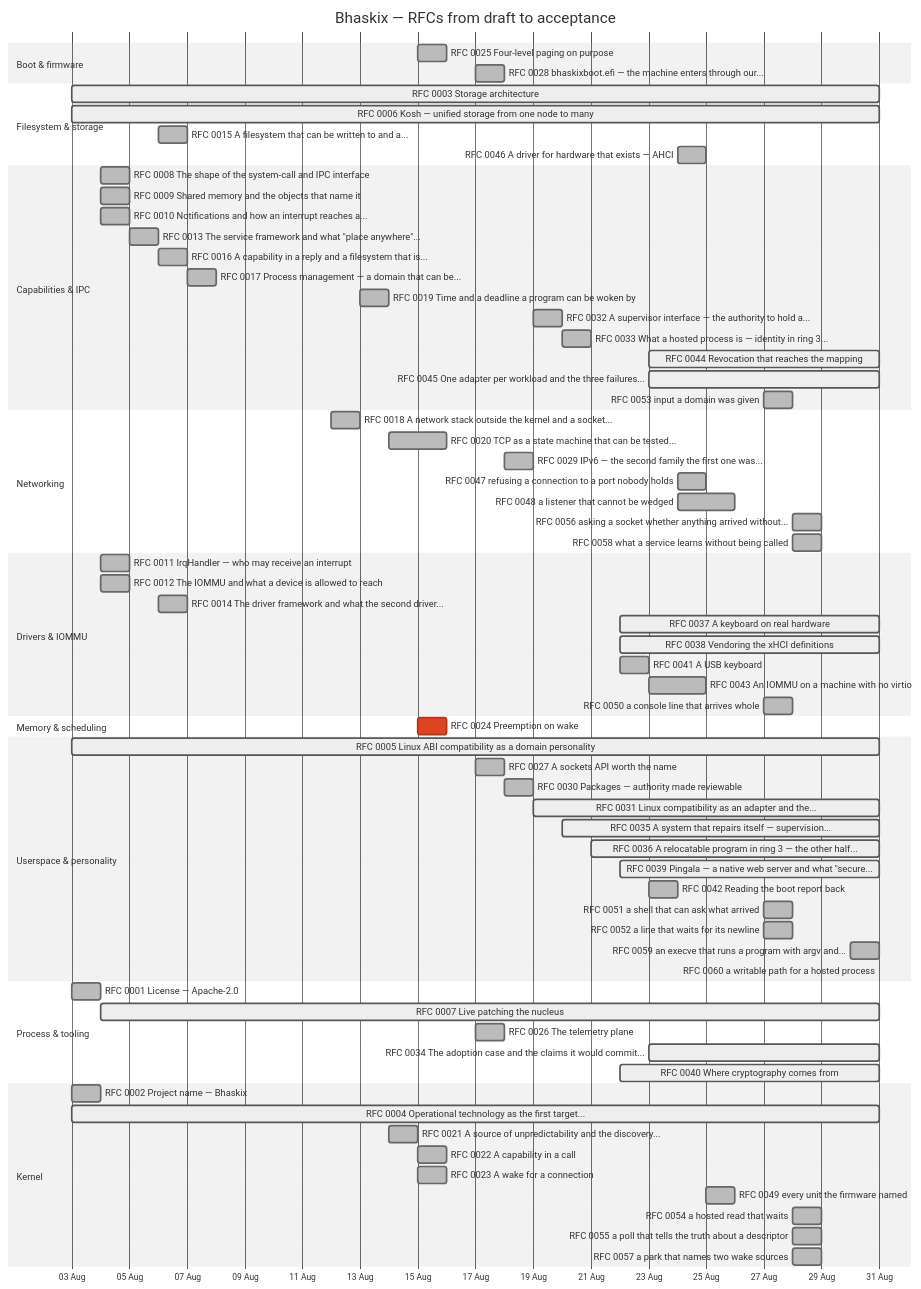
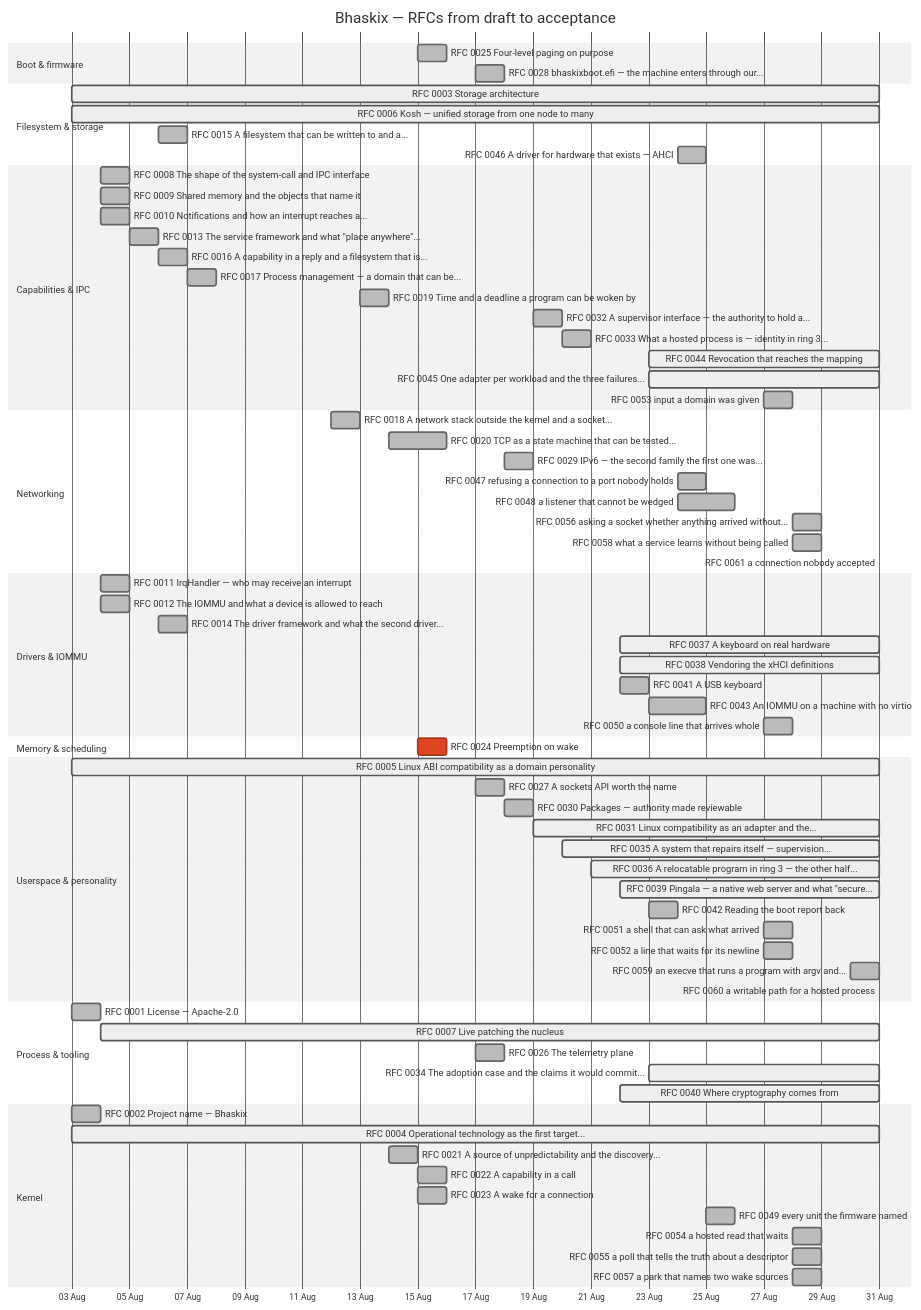
One commit to bhaskix/bhaskix changed the diagram in docs/progress.md. Above: the diagram before and after it, drawn with Mermaid (neutral theme). The commit also changed other lines of this file and 1 other file, not shown here.

First line of the commit message:
docs: the chart a new RFC cannot date, and a line the kernel cuts in half

````diff
--- a/docs/progress.md
+++ b/docs/progress.md
@@ -24,76 +24,77 @@
 ```mermaid
 gantt
     title Bhaskix — RFCs from draft to acceptance
     dateFormat YYYY-MM-DD
     axisFormat %d %b
     todayMarker off
     section Boot & firmware
     RFC 0025 Four-level paging on purpose :done, r0025, 2026-08-15, 2026-08-16
     RFC 0028 bhaskixboot.efi — the machine enters through our... :done, r0028, 2026-08-17, 2026-08-18
     section Filesystem & storage
     RFC 0003 Storage architecture :active, r0003, 2026-08-03, 2026-08-31
     RFC 0006 Kosh — unified storage from one node to many :active, r0006, 2026-08-03, 2026-08-31
     RFC 0015 A filesystem that can be written to and a... :done, r0015, 2026-08-06, 1d
     RFC 0046 A driver for hardware that exists — AHCI :done, r0046, 2026-08-24, 1d
     section Capabilities & IPC
     RFC 0008 The shape of the system-call and IPC interface :done, r0008, 2026-08-04, 1d
     RFC 0009 Shared memory and the objects that name it :done, r0009, 2026-08-04, 1d
     RFC 0010 Notifications and how an interrupt reaches a... :done, r0010, 2026-08-04, 1d
     RFC 0013 The service framework and what "place anywhere"... :done, r0013, 2026-08-05, 1d
     RFC 0016 A capability in a reply and a filesystem that is... :done, r0016, 2026-08-06, 2026-08-07
     RFC 0017 Process management — a domain that can be... :done, r0017, 2026-08-07, 1d
     RFC 0019 Time and a deadline a program can be woken by :done, r0019, 2026-08-13, 2026-08-14
     RFC 0032 A supervisor interface — the authority to hold a... :done, r0032, 2026-08-19, 2026-08-20
     RFC 0033 What a hosted process is — identity in ring 3... :done, r0033, 2026-08-20, 1d
     RFC 0044 Revocation that reaches the mapping :active, r0044, 2026-08-23, 2026-08-31
     RFC 0045 One adapter per workload and the three failures... :active, r0045, 2026-08-23, 2026-08-31
     RFC 0053 input a domain was given :done, r0053, 2026-08-27, 1d
     section Networking
     RFC 0018 A network stack outside the kernel and a socket... :done, r0018, 2026-08-12, 2026-08-13
     RFC 0020 TCP as a state machine that can be tested... :done, r0020, 2026-08-14, 2026-08-16
     RFC 0029 IPv6 — the second family the first one was... :done, r0029, 2026-08-18, 1d
     RFC 0047 refusing a connection to a port nobody holds :done, r0047, 2026-08-24, 1d
     RFC 0048 a listener that cannot be wedged :done, r0048, 2026-08-24, 2026-08-26
     RFC 0056 asking a socket whether anything arrived without... :done, r0056, 2026-08-28, 1d
     RFC 0058 what a service learns without being called :done, r0058, 2026-08-28, 1d
+    RFC 0061 a connection nobody accepted :active, r0061, 2026-08-31, 2026-08-31
     section Drivers & IOMMU
     RFC 0011 IrqHandler — who may receive an interrupt :done, r0011, 2026-08-04, 1d
     RFC 0012 The IOMMU and what a device is allowed to reach :done, r0012, 2026-08-04, 1d
     RFC 0014 The driver framework and what the second driver... :done, r0014, 2026-08-06, 1d
     RFC 0037 A keyboard on real hardware :active, r0037, 2026-08-22, 2026-08-31
     RFC 0038 Vendoring the xHCI definitions :active, r0038, 2026-08-22, 2026-08-31
     RFC 0041 A USB keyboard :done, r0041, 2026-08-22, 2026-08-23
     RFC 0043 An IOMMU on a machine with no virtio :done, r0043, 2026-08-23, 2026-08-25
     RFC 0050 a console line that arrives whole :done, r0050, 2026-08-27, 1d
     section Memory & scheduling
     RFC 0024 Preemption on wake :crit, r0024, 2026-08-15, 1d
     section Userspace & personality
     RFC 0005 Linux ABI compatibility as a domain personality :active, r0005, 2026-08-03, 2026-08-31
     RFC 0027 A sockets API worth the name :done, r0027, 2026-08-17, 1d
     RFC 0030 Packages — authority made reviewable :done, r0030, 2026-08-18, 2026-08-19
     RFC 0031 Linux compatibility as an adapter and the... :active, r0031, 2026-08-19, 2026-08-31
     RFC 0035 A system that repairs itself — supervision... :active, r0035, 2026-08-20, 2026-08-31
     RFC 0036 A relocatable program in ring 3 — the other half... :active, r0036, 2026-08-21, 2026-08-31
     RFC 0039 Pingala — a native web server and what "secure... :active, r0039, 2026-08-22, 2026-08-31
     RFC 0042 Reading the boot report back :done, r0042, 2026-08-23, 1d
     RFC 0051 a shell that can ask what arrived :done, r0051, 2026-08-27, 1d
     RFC 0052 a line that waits for its newline :done, r0052, 2026-08-27, 1d
     RFC 0059 an execve that runs a program with argv and... :done, r0059, 2026-08-30, 1d
     RFC 0060 a writable path for a hosted process :active, r0060, 2026-08-31, 2026-08-31
     section Process & tooling
     RFC 0001 License — Apache-2.0 :done, r0001, 2026-08-03, 1d
     RFC 0007 Live patching the nucleus :active, r0007, 2026-08-04, 2026-08-31
     RFC 0026 The telemetry plane :done, r0026, 2026-08-17, 1d
     RFC 0034 The adoption case and the claims it would commit... :active, r0034, 2026-08-23, 2026-08-31
     RFC 0040 Where cryptography comes from :active, r0040, 2026-08-22, 2026-08-31
     section Kernel
     RFC 0002 Project name — Bhaskix :done, r0002, 2026-08-03, 1d
     RFC 0004 Operational technology as the first target... :active, r0004, 2026-08-03, 2026-08-31
     RFC 0021 A source of unpredictability and the discovery... :done, r0021, 2026-08-14, 1d
     RFC 0022 A capability in a call :done, r0022, 2026-08-15, 2026-08-16
     RFC 0023 A wake for a connection :done, r0023, 2026-08-15, 2026-08-16
     RFC 0049 every unit the firmware named :done, r0049, 2026-08-25, 1d
     RFC 0054 a hosted read that waits :done, r0054, 2026-08-28, 1d
     RFC 0055 a poll that tells the truth about a descriptor :done, r0055, 2026-08-28, 1d
     RFC 0057 a park that names two wake sources :done, r0057, 2026-08-28, 1d
 ```
````
